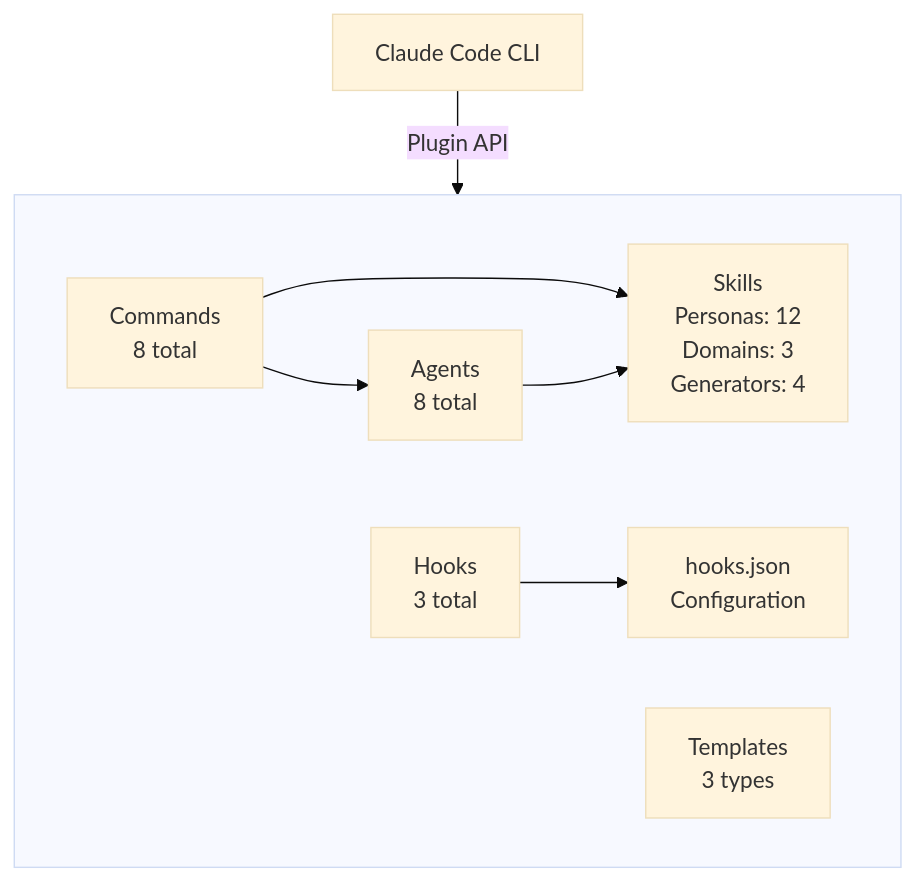
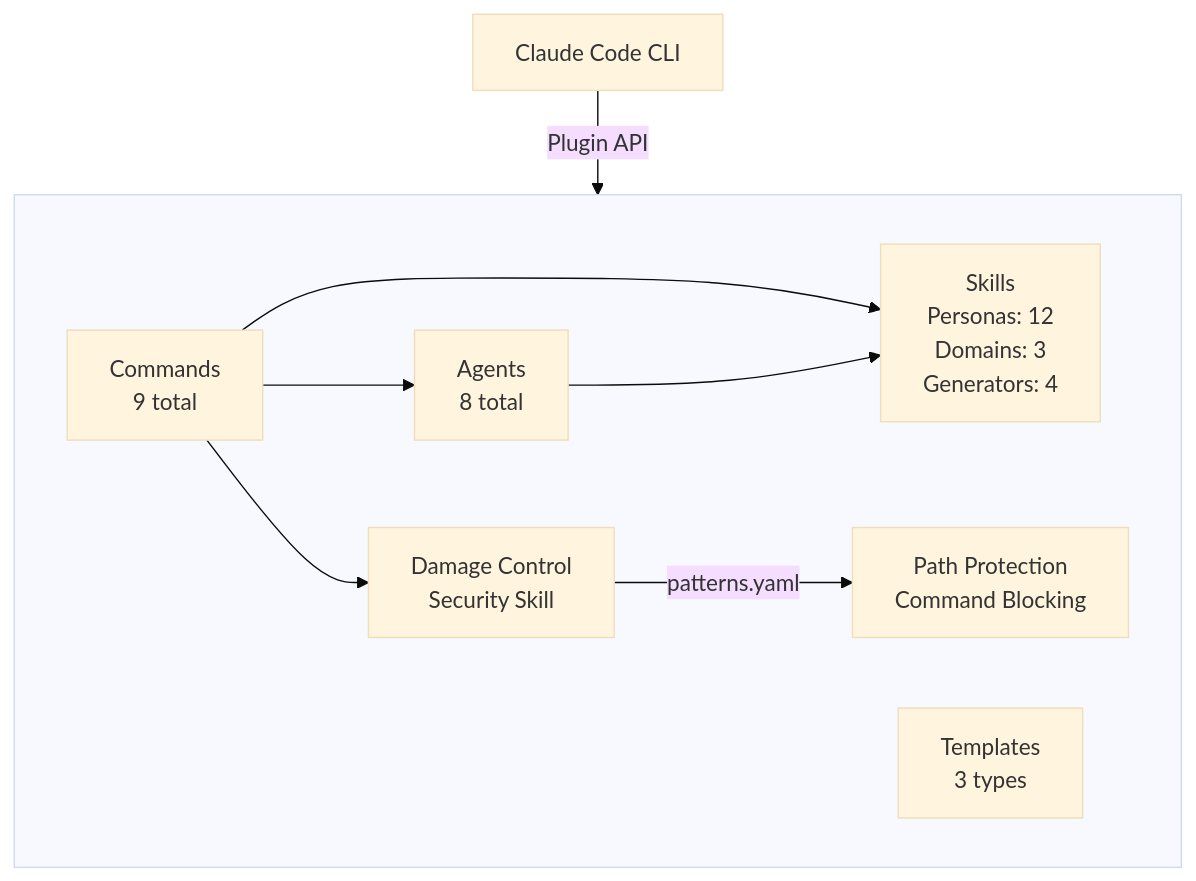
Before and after one commit to rsts-dev/claude-buddy-marketplace: the first of 3 diagrams in plugins/buddy/docs/architecture.md, drawn with Mermaid (base theme). The commit also changed other lines of this file and 34 other files, not shown here.

First line of the commit message:
docs: migrate to v5.0.0 with Damage Control system

````diff
--- a/plugins/buddy/docs/architecture.md
+++ b/plugins/buddy/docs/architecture.md
@@ -49,20 +49,20 @@
 ```mermaid
 graph TD
     CLI[Claude Code CLI]
 
     CLI -->|Plugin API| Plugin[Claude Buddy Plugin]
 
     subgraph Plugin[" "]
-        Commands[Commands<br/>8 total]
+        Commands[Commands<br/>9 total]
         Agents[Agents<br/>8 total]
-        Hooks[Hooks<br/>3 total]
+        DamageControl[Damage Control<br/>Security Skill]
         Skills[Skills<br/>Personas: 12<br/>Domains: 3<br/>Generators: 4]
-        HooksConfig[hooks.json<br/>Configuration]
         Templates[Templates<br/>3 types]
 
         Commands --> Agents
         Commands --> Skills
+        Commands --> DamageControl
         Agents --> Skills
-        Hooks --> HooksConfig
+        DamageControl -->|patterns.yaml| Protection[Path Protection<br/>Command Blocking]
     end
 ```
````
